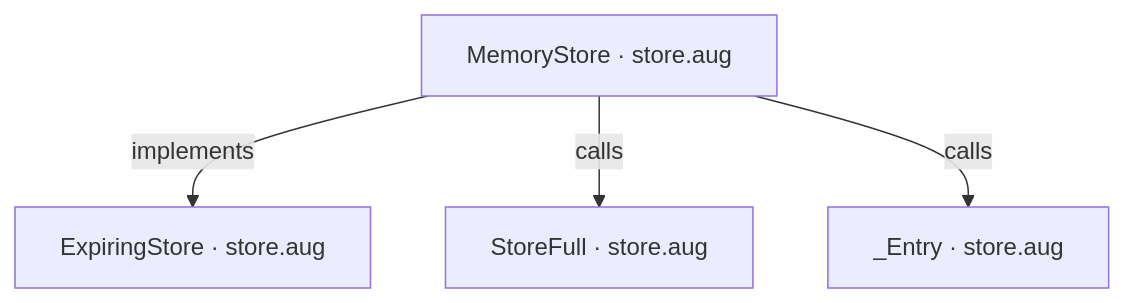
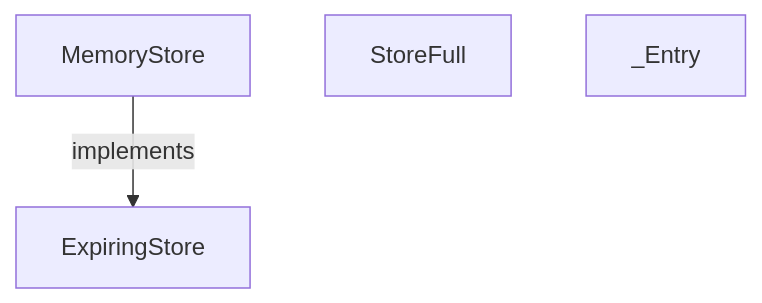
The first of 6 diagrams in src/stdlib/memory/store.aug.diagrams.md (GreenPandaStudios/augscript), drawn with Mermaid before and after one commit. The commit also changed other lines of this file and 524 other files, not shown here.

Commit message:
Explain checked data flow at folder and service levels

````diff
--- a/src/stdlib/memory/store.aug.diagrams.md
+++ b/src/stdlib/memory/store.aug.diagrams.md
@@ -9,10 +9,8 @@
 ```mermaid
 flowchart TD
-    n0["ExpiringStore · store.aug"]
-    n1["MemoryStore · store.aug"]
-    n2["StoreFull · store.aug"]
-    n3["_Entry · store.aug"]
+    n0["ExpiringStore"]
+    n1["MemoryStore"]
+    n2["StoreFull"]
+    n3["_Entry"]
     n1 -->|"implements"| n0
-    n1 -->|"calls"| n2
-    n1 -->|"calls"| n3
 ```
````
